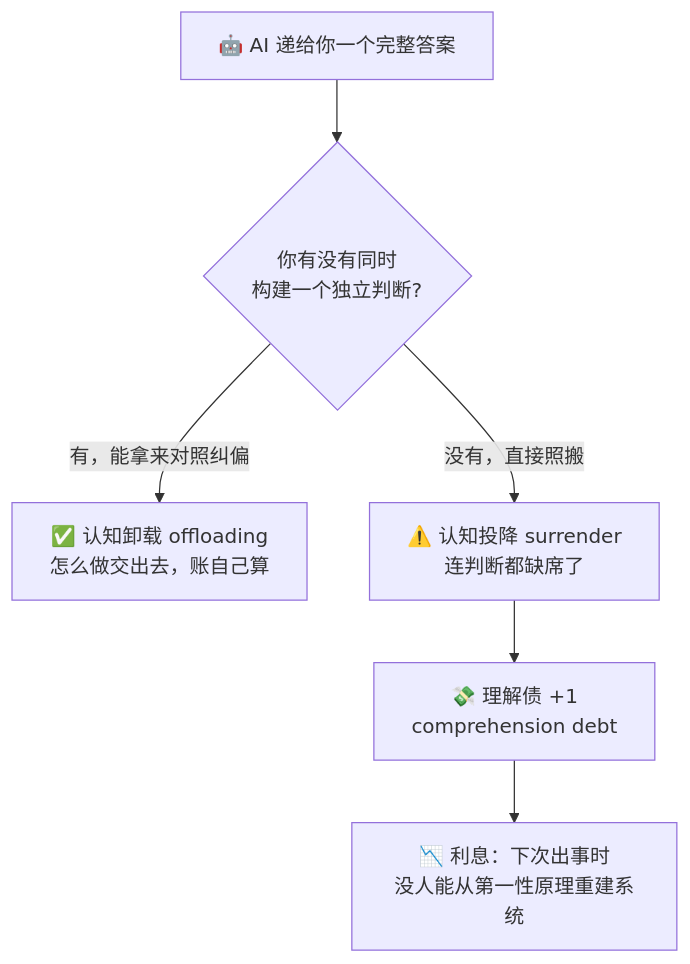
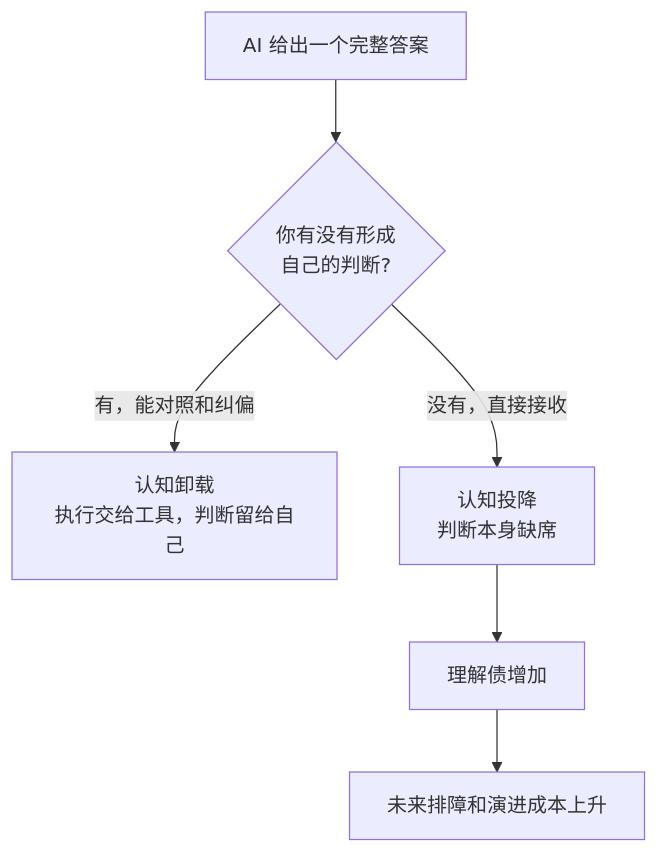
Before and after one commit to sulifreely/hannah: the first of 3 diagrams in src/content/blog/cognitive-surrender.md, drawn with Mermaid. The commit also changed other lines of this file, not shown here.

````diff
--- a/src/content/blog/cognitive-surrender.md
+++ b/src/content/blog/cognitive-surrender.md
@@ -38,8 +53,8 @@
 ```mermaid
 flowchart TD
-    A["🤖 AI 递给你一个完整答案"] --> B{"你有没有同时<br/>构建一个独立判断?"}
-    B -->|"有，能拿来对照纠偏"| C["✅ 认知卸载 offloading<br/>怎么做交出去，账自己算"]
-    B -->|"没有，直接照搬"| D["⚠️ 认知投降 surrender<br/>连判断都缺席了"]
-    D --> E["💸 理解债 +1<br/>comprehension debt"]
-    E --> F["📉 利息：下次出事时<br/>没人能从第一性原理重建系统"]
+    A["AI 给出一个完整答案"] --> B{"你有没有形成<br/>自己的判断?"}
+    B -->|"有，能对照和纠偏"| C["认知卸载<br/>执行交给工具，判断留给自己"]
+    B -->|"没有，直接接收"| D["认知投降<br/>判断本身缺席"]
+    D --> E["理解债增加"]
+    E --> F["未来排障和演进成本上升"]
 ```
````
